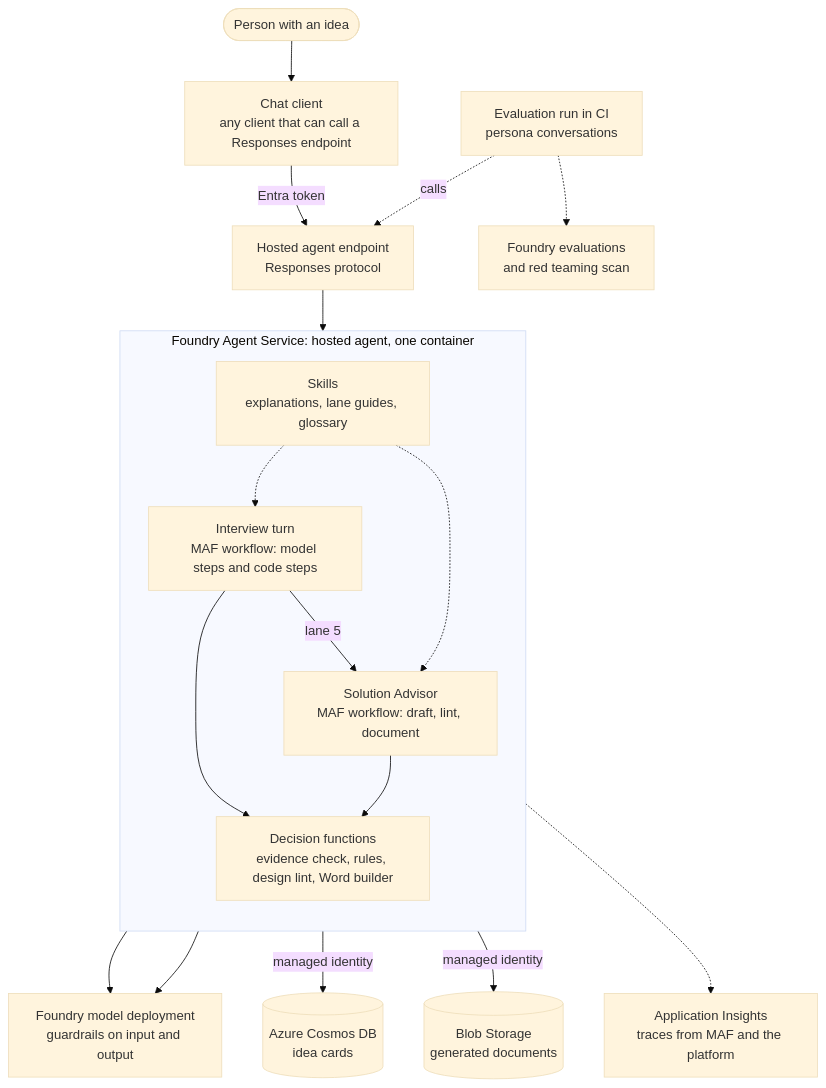
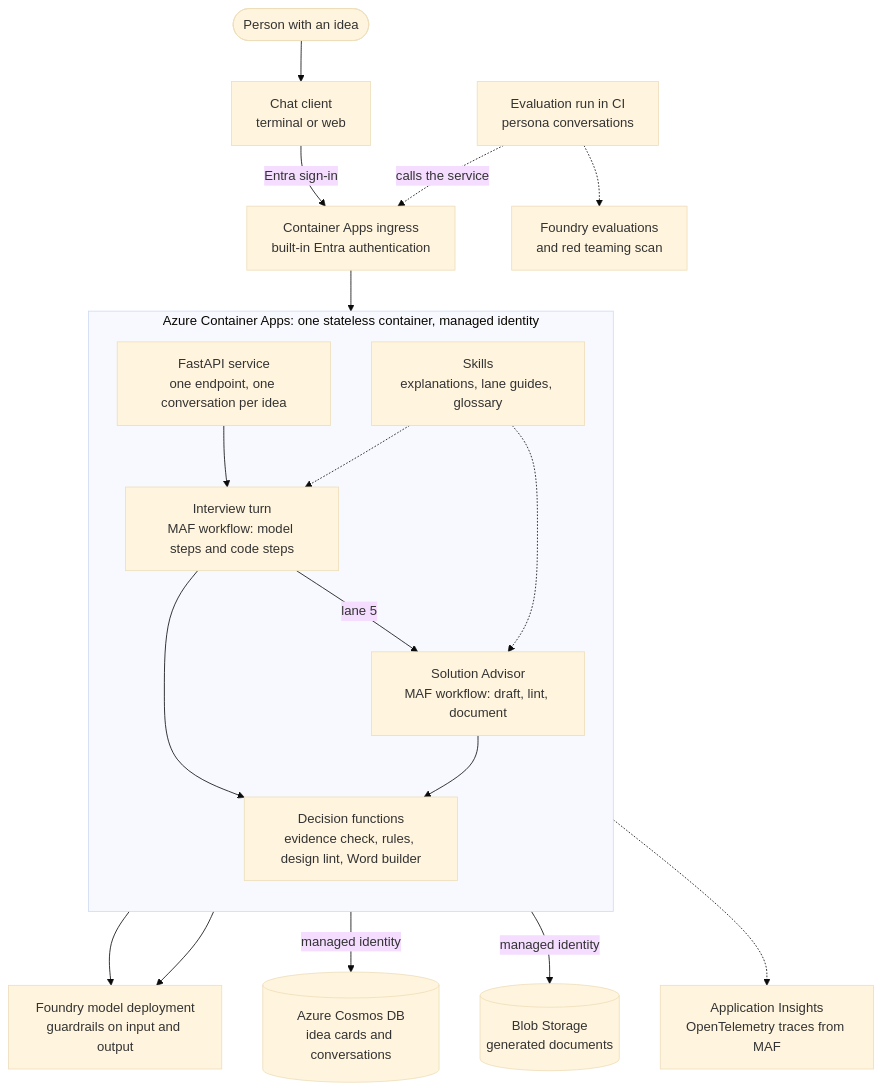
One commit to hamza-roujdami/agent-fit changed the second of 3 diagrams in README.md. Above: the diagram before and after it, drawn with Mermaid (base theme). The commit also changed other lines of this file, not shown here.

First line of the commit message:
README: host on Azure Container Apps instead of a Foundry hosted agent

````diff
--- a/README.md
+++ b/README.md
@@ -121,25 +121,27 @@
 ```mermaid
 flowchart TD
-    P(["Person with an idea"]) --> C["Chat client<br/>any client that can call a Responses endpoint"]
-    C -->|Entra token| EP["Hosted agent endpoint<br/>Responses protocol"]
-    EP --> TURN
-    subgraph FA["Foundry Agent Service: hosted agent, one container"]
+    P(["Person with an idea"]) --> C["Chat client<br/>terminal or web"]
+    C -->|Entra sign-in| ING["Container Apps ingress<br/>built-in Entra authentication"]
+    ING --> API
+    subgraph ACA["Azure Container Apps: one stateless container, managed identity"]
         direction TB
+        API["FastAPI service<br/>one endpoint, one conversation per idea"]
         TURN["Interview turn<br/>MAF workflow: model steps and code steps"]
         ADV["Solution Advisor<br/>MAF workflow: draft, lint, document"]
         SK["Skills<br/>explanations, lane guides, glossary"]
         DEC["Decision functions<br/>evidence check, rules, design lint, Word builder"]
+        API --> TURN
         TURN --> DEC
         ADV --> DEC
         TURN -->|lane 5| ADV
         SK -.-> TURN
         SK -.-> ADV
     end
     TURN --> M["Foundry model deployment<br/>guardrails on input and output"]
     ADV --> M
-    FA -->|managed identity| COS[("Azure Cosmos DB<br/>idea cards")]
-    FA -->|managed identity| BLOB[("Blob Storage<br/>generated documents")]
-    FA -.-> AI["Application Insights<br/>traces from MAF and the platform"]
-    EV["Evaluation run in CI<br/>persona conversations"] -.->|calls| EP
+    ACA -->|managed identity| COS[("Azure Cosmos DB<br/>idea cards and conversations")]
+    ACA -->|managed identity| BLOB[("Blob Storage<br/>generated documents")]
+    ACA -.-> AI["Application Insights<br/>OpenTelemetry traces from MAF"]
+    EV["Evaluation run in CI<br/>persona conversations"] -.->|calls the service| ING
     EV -.-> FE["Foundry evaluations<br/>and red teaming scan"]
 ```
````
